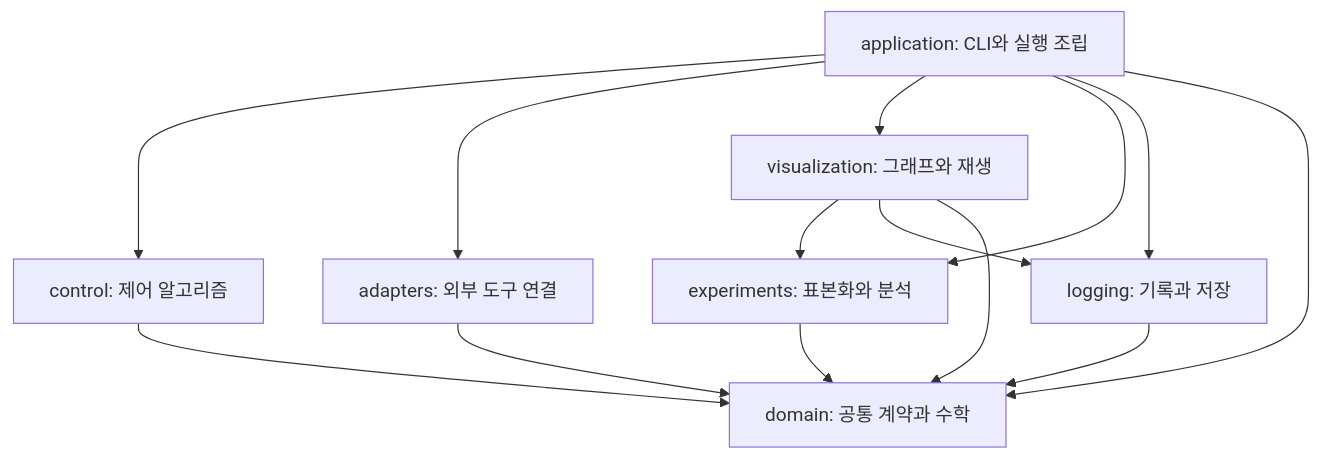
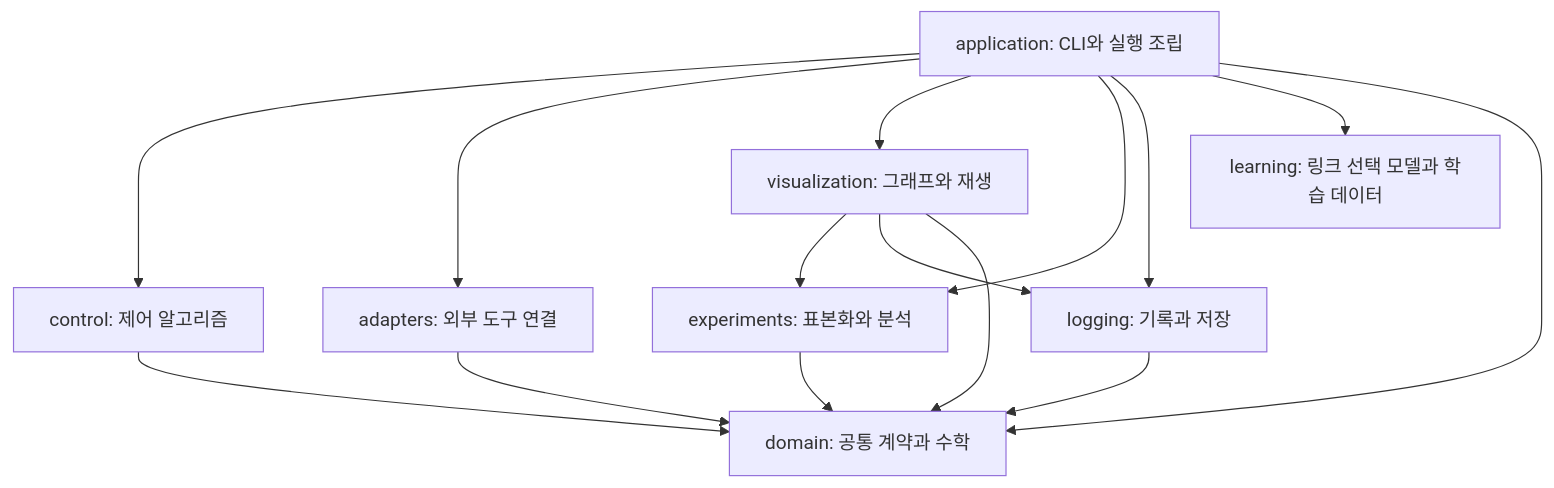
The diagram in docs/current/dependencies.md (JinooLi/safe-sequential-kinematics-control), drawn with Mermaid before and after one commit. The commit also changed other lines of this file and 44 other files, not shown here.

````diff
--- a/docs/current/dependencies.md
+++ b/docs/current/dependencies.md
@@ -9,16 +9,17 @@
 ```mermaid
 flowchart TD
     A["application: CLI와 실행 조립"] --> C["control: 제어 알고리즘"]
     A --> B["adapters: 외부 도구 연결"]
     A --> V["visualization: 그래프와 재생"]
     A --> E["experiments: 표본화와 분석"]
     A --> L["logging: 기록과 저장"]
+    A --> N["learning: 링크 선택 모델과 학습 데이터"]
     A --> D["domain: 공통 계약과 수학"]
     V --> E
     V --> L
     V --> D
     C --> D
     B --> D
     E --> D
     L --> D
 ```
````
